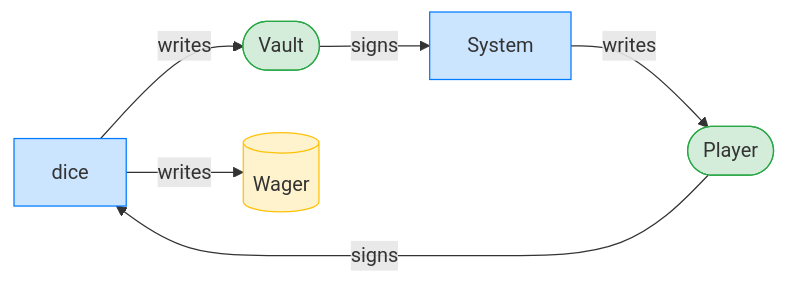
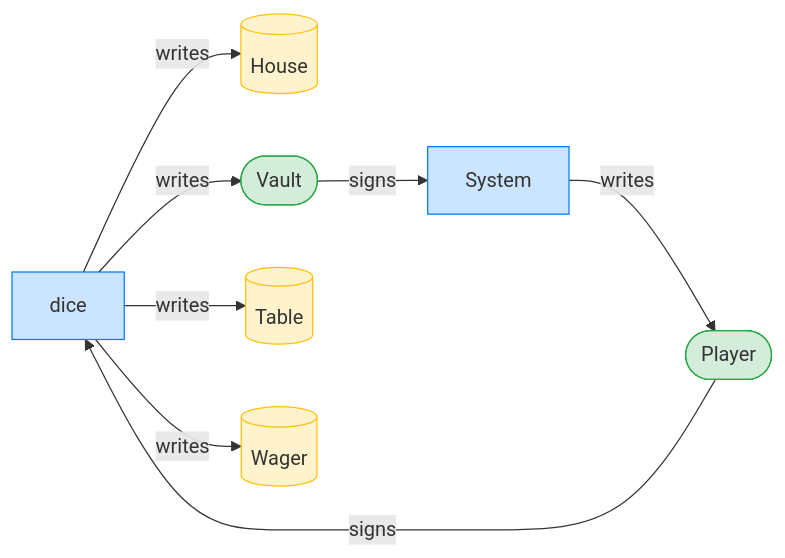
One commit to cds-turbin3/builder-05-no-fair-dice changed the second of 3 diagrams in dogfood/report/refund.md. Above: the diagram before and after it, drawn with Mermaid. The commit also changed other lines of this file and 15 other files, not shown here.

````diff
--- a/dogfood/report/refund.md
+++ b/dogfood/report/refund.md
@@ -33,16 +33,20 @@
 ```mermaid
 flowchart LR
     classDef signer fill:#d4edda,stroke:#28a745;
     classDef program fill:#cce5ff,stroke:#007bff;
     classDef writable fill:#fff3cd,stroke:#ffc107;
     dice[dice]:::program
     Player([Player]):::signer
+    House[(House)]:::writable
     Vault([Vault]):::signer
+    Table[(Table)]:::writable
     Wager[(Wager)]:::writable
     System[System]:::program
     Player -->|signs| dice
     Vault -->|signs| System
+    dice -->|writes| House
     dice -->|writes| Vault
+    dice -->|writes| Table
     dice -->|writes| Wager
     System -->|writes| Player
 ```
````
